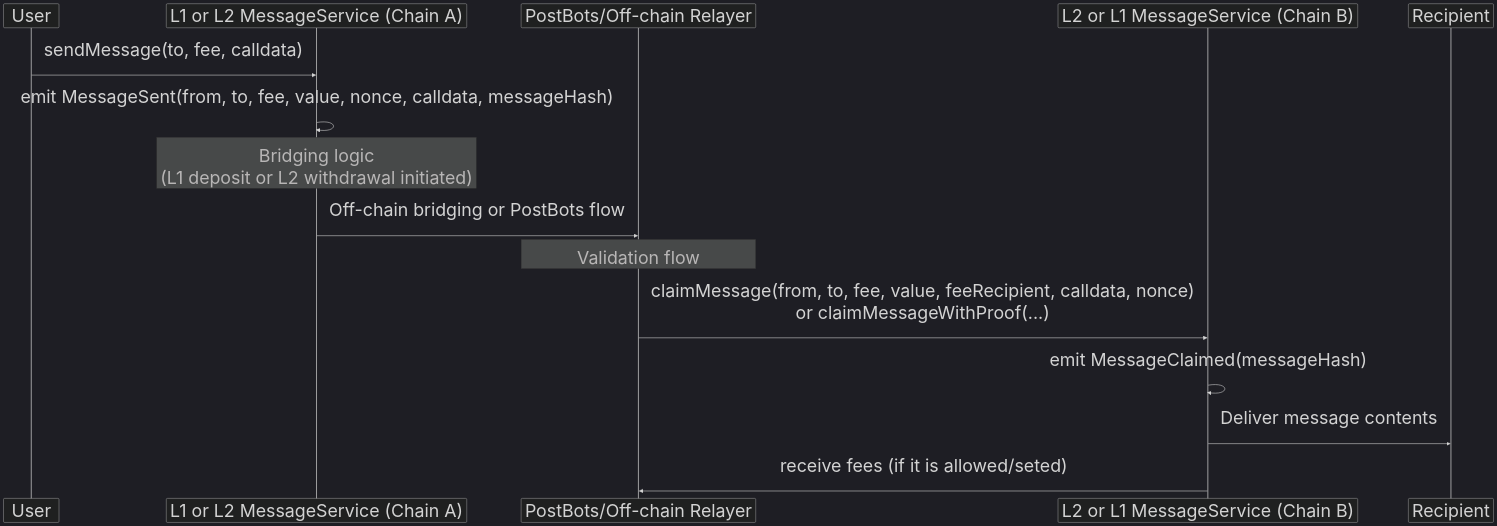
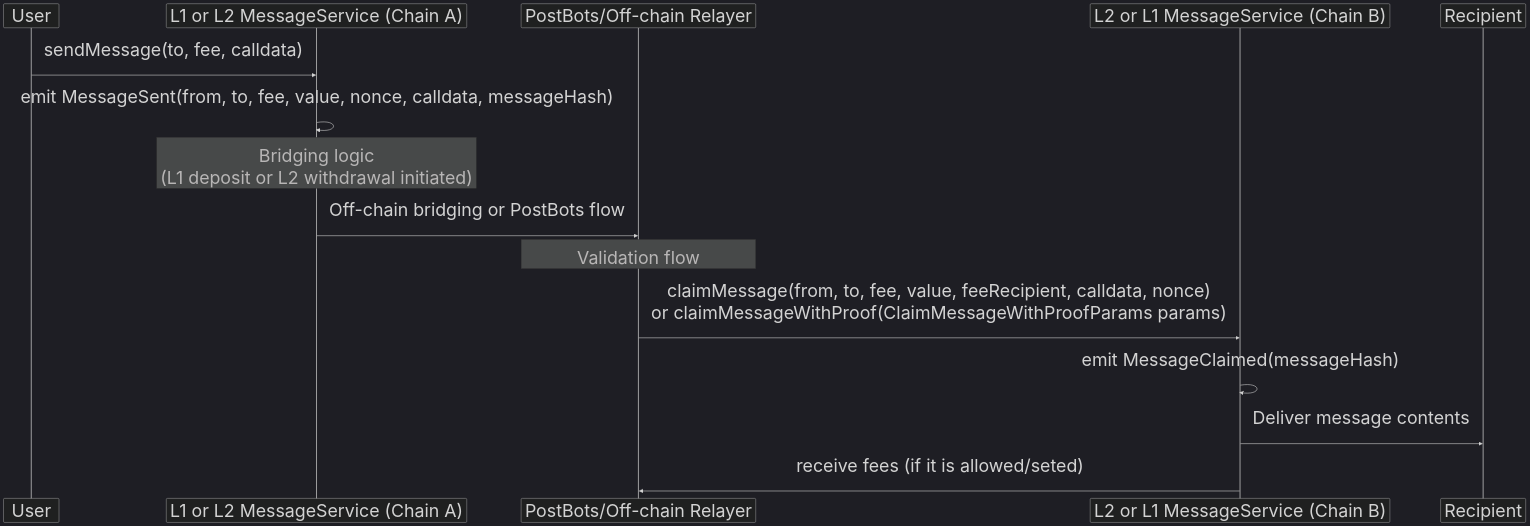
One commit to ethereum/L2-interop changed the fifth of 8 diagrams in docs/message-passing/messaging-current-efforts.md. Above: the diagram before and after it, drawn with Mermaid. The commit also changed other lines of this file, not shown here.

````diff
--- a/docs/message-passing/messaging-current-efforts.md
+++ b/docs/message-passing/messaging-current-efforts.md
@@ -134,25 +134,25 @@
 ```mermaid
 ---
 config:
   theme: dark
   fontSize: 48
 ---
 
 sequenceDiagram
     participant User
     participant OriginService as L1 or L2 MessageService (Chain A)
     participant Relayer as PostBots/Off-chain Relayer
     participant DestinationService as L2 or L1 MessageService (Chain B)
     participant Recipient
 
     User->>OriginService: sendMessage(to, fee, calldata)
     OriginService->>OriginService: emit MessageSent(from, to, fee, value, nonce, calldata, messageHash)
     Note over OriginService: Bridging logic <br/> (L1 deposit or L2 withdrawal initiated)
     OriginService->>Relayer: Off-chain bridging or PostBots flow
     Note over Relayer: Validation flow
-    Relayer->>DestinationService: claimMessage(from, to, fee, value, feeRecipient, calldata, nonce) <br/> or claimMessageWithProof(...) 
+    Relayer->>DestinationService: claimMessage(from, to, fee, value, feeRecipient, calldata, nonce) <br/> or claimMessageWithProof(ClaimMessageWithProofParams params) 
     DestinationService->>DestinationService: emit MessageClaimed(messageHash)
     DestinationService->>Recipient: Deliver message contents
     DestinationService->>Relayer: receive fees (if it is allowed/seted)
 
 ```
````
